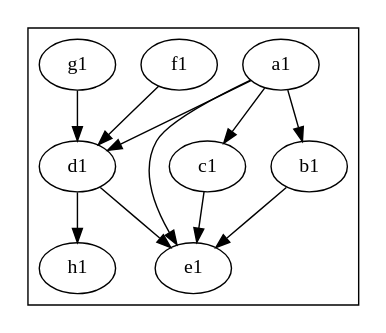
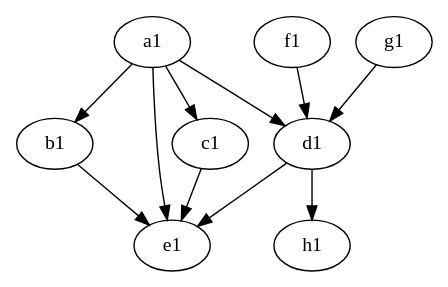
Before and after one commit to lijh8/misc: the diagram in other/graphviz.dot, drawn with Graphviz.

```diff
--- a/other/graphviz.dot
+++ b/other/graphviz.dot
@@ -1,41 +1,39 @@
 /**
  * https://graphviz.org/about/ ,
  * https://magjac.com/graphviz-visual-editor/ ,
  * https://dreampuf.github.io/GraphvizOnline/ ,
  * 
  * edge cannot follow attribute in same statement.
- * one edgeop per statement, do not chain sequential edges.
+ * one edgeop per statement per line, do not chain sequential edges.
  * group edges from same source node first.
  * also group edges to same destination node.
  * 
  * generate image using command:
  *   $ apt install graphviz
  *   $ dot -Tpng example.dot -o example.png
  * 
  * use image in markdown example.md:
  *   ![](example.png)
  * 
  * then preview markdown in vscode.
  * 
- * similar tools: mermaid chart, yED.
+ * similar flow chart diagram tools:
+ *   mermaid chart, yED, visio.
  */
 // example.dot
 digraph {
-    subgraph cluster_1 {
-        // do not chain sequential edges
-        // group edges from same source node first
-        a1 -> b1;
-        a1 -> e1;
-        a1 -> c1;
-        a1 -> d1;
-        
-        // also group edges to same destination node
-        b1 -> e1;
-        c1 -> e1;
-        d1 -> e1;
-        
-        d1 -> h1;
-        f1 -> d1;
-        g1 -> d1;
-    }
+    // group edges from same source node first
+    a1 -> b1;
+    a1 -> e1;
+    a1 -> c1;
+    a1 -> d1;
+    
+    // also group edges to same destination node
+    b1 -> e1;
+    c1 -> e1;
+    d1 -> e1;
+    
+    d1 -> h1;
+    f1 -> d1;
+    g1 -> d1;
 }
```
